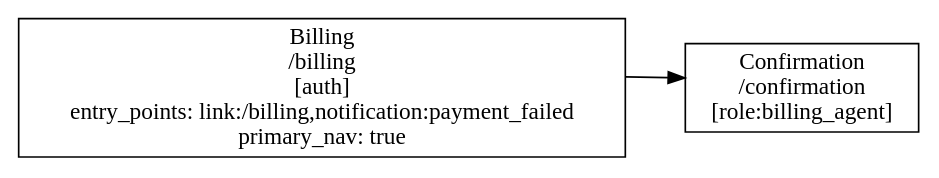
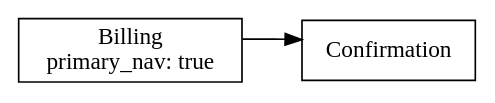
One commit to knutopia/Structured-Design-Documents changed the diagram in examples/rendered/v0.1/ia_place_map_diagram_type/place_viewstate_transition_example/simple_profile/place_viewstate_transition.ia_place_map.dot. Above: the diagram before and after it, drawn with Graphviz. The commit also changed 29 other files, not shown here.

```diff
--- a/examples/rendered/v0.1/ia_place_map_diagram_type/place_viewstate_transition_example/simple_profile/place_viewstate_transition.ia_place_map.dot
+++ b/examples/rendered/v0.1/ia_place_map_diagram_type/place_viewstate_transition_example/simple_profile/place_viewstate_transition.ia_place_map.dot
@@ -1,10 +1,10 @@
 digraph ia_place_map {
   rankdir=LR;
   graph [fontname="Public Sans"];
   node [shape=box, fontname="Public Sans"];
   edge [fontname="Public Sans"];
-  "P-010" [label="Billing\n/billing\n[auth]\nentry_points: link:/billing,notification:payment_failed\nprimary_nav: true"];
-  "P-011" [label="Confirmation\n/confirmation\n[role:billing_agent]"];
+  "P-010" [label="Billing\nprimary_nav: true"];
+  "P-011" [label="Confirmation"];
   "P-010" -> "P-011" [style=invis, weight=100];
   "P-010" -> "P-011";
 }
```
